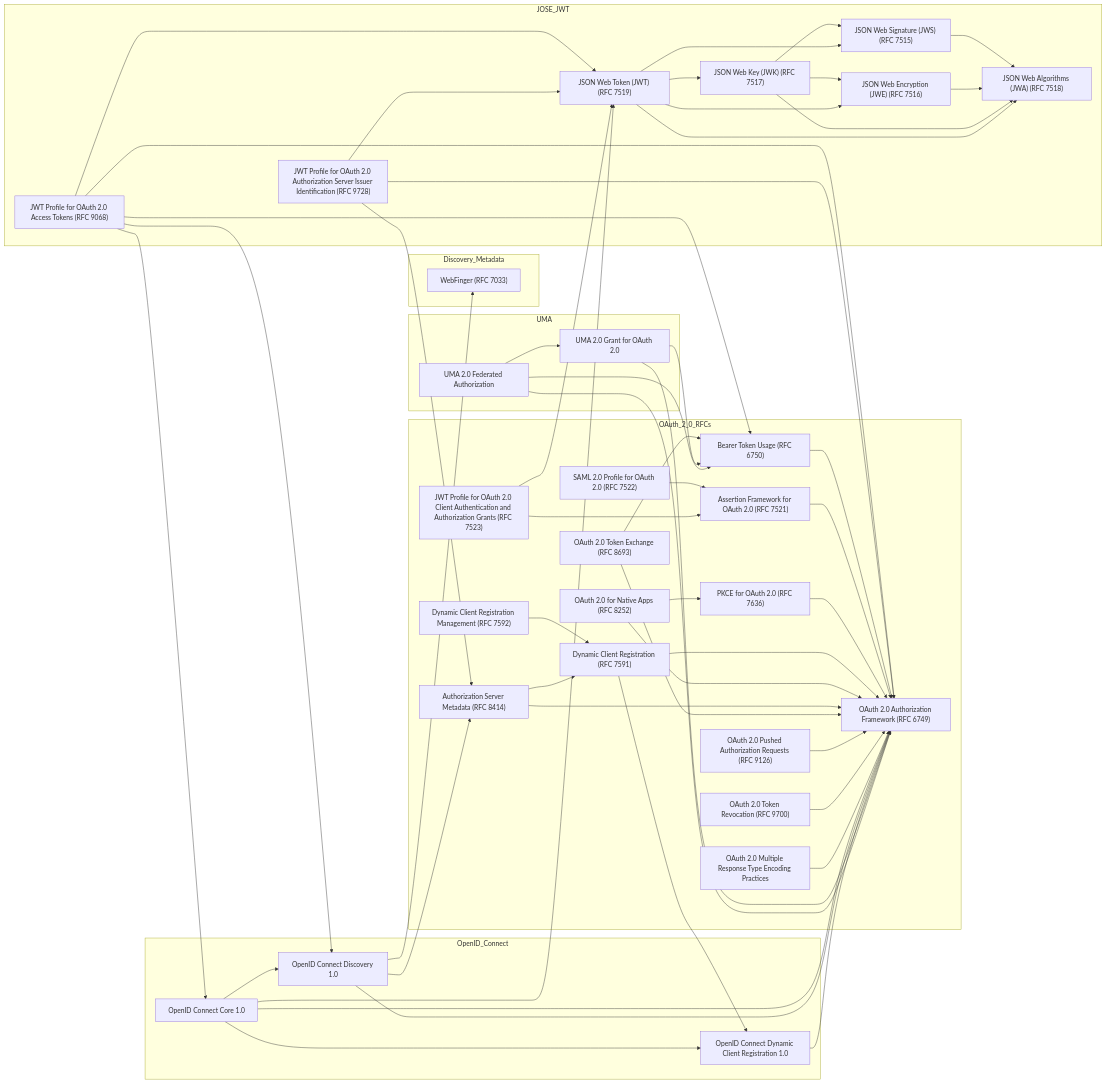
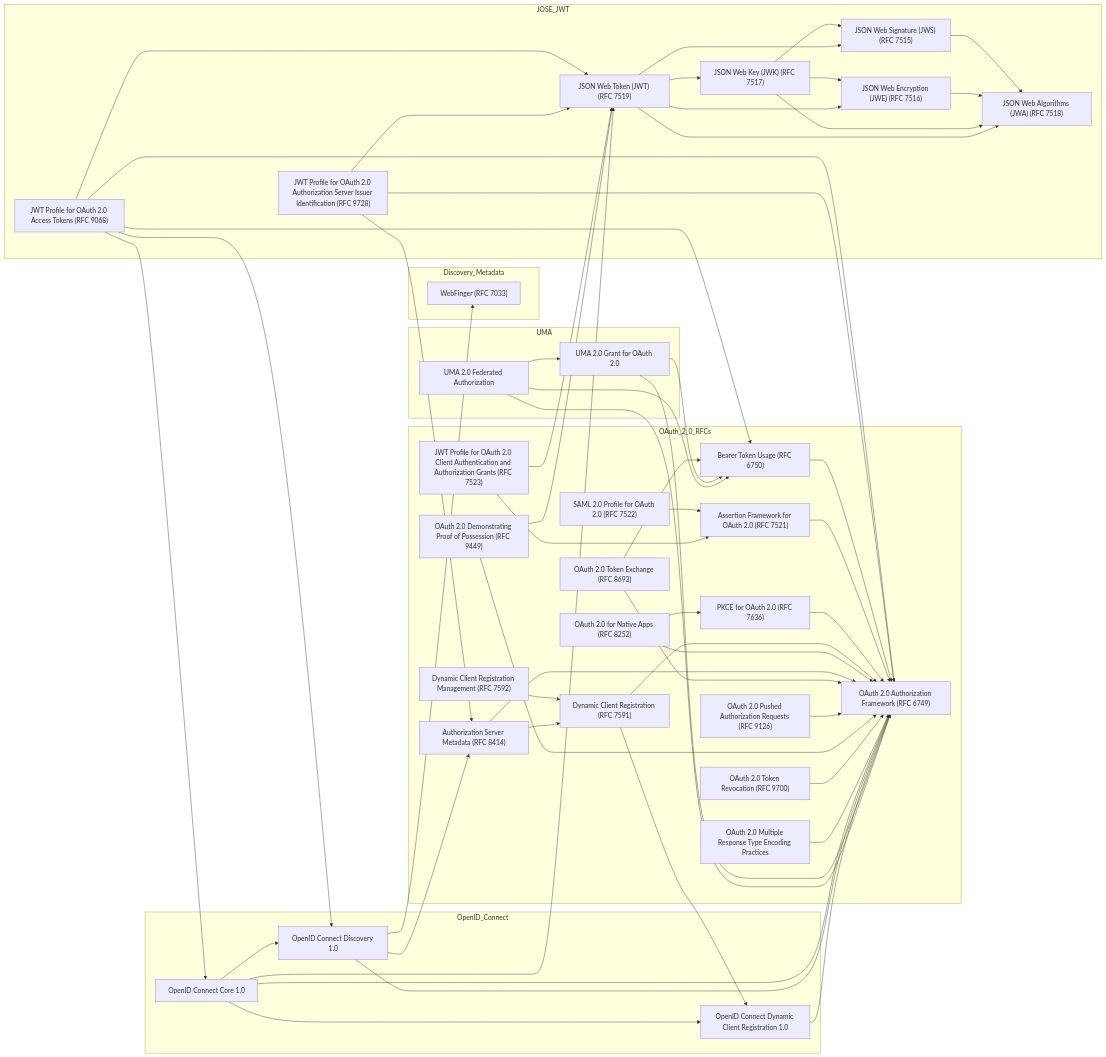
One commit to ryanspletzer/oidc-oauth-spec-graph changed the diagram in graph.md. Above: the diagram before and after it, drawn with Mermaid. The commit also changed 1 other file, not shown here.

Commit message:
Adds RFC 9449 OAuth 2.0 DPoP specification to graph
Includes OAuth 2.0 Demonstrating Proof of Possession (DPoP) mechanism for sender-constraining tokens using proof-of-possession at the application layer.

Establishes dependencies on OAuth 2.0 core framework and JWT specifications, providing clickable link to official RFC documentation.

```diff
--- a/graph.md
+++ b/graph.md
@@ -24,6 +24,7 @@
     RFC8414["Authorization Server Metadata (RFC 8414)"]
     RFC8693["OAuth 2.0 Token Exchange (RFC 8693)"]
     RFC9126["OAuth 2.0 Pushed Authorization Requests (RFC 9126)"]
+    RFC9449["OAuth 2.0 Demonstrating Proof of Possession (RFC 9449)"]
     RFC9700["OAuth 2.0 Token Revocation (RFC 9700)"]
     OAuth2_MultiResp["OAuth 2.0 Multiple Response Type Encoding Practices"]
   end
@@ -66,6 +67,8 @@
   RFC8693 --> RFC6749
   RFC8693 --> RFC6750
   RFC9126 --> RFC6749
+  RFC9449 --> RFC6749
+  RFC9449 --> RFC7519
   RFC9700 --> RFC6749
   OAuth2_MultiResp --> RFC6749
 
@@ -131,6 +134,7 @@
   click RFC8414 "https://datatracker.ietf.org/doc/html/rfc8414" "Authorization Server Metadata (RFC 8414)"
   click RFC8693 "https://datatracker.ietf.org/doc/html/rfc8693" "OAuth 2.0 Token Exchange (RFC 8693)"
   click RFC9126 "https://datatracker.ietf.org/doc/html/rfc9126" "OAuth 2.0 Pushed Authorization Requests (RFC 9126)"
+  click RFC9449 "https://datatracker.ietf.org/doc/html/rfc9449" "OAuth 2.0 Demonstrating Proof of Possession (RFC 9449)"
   click RFC9700 "https://datatracker.ietf.org/doc/html/rfc9700" "OAuth 2.0 Token Revocation (RFC 9700)"
   click OAuth2_MultiResp "https://openid.net/specs/oauth-v2-multiple-response-types-1_0.html" "OAuth 2.0 Multiple Response Type Encoding Practices"
 
```
